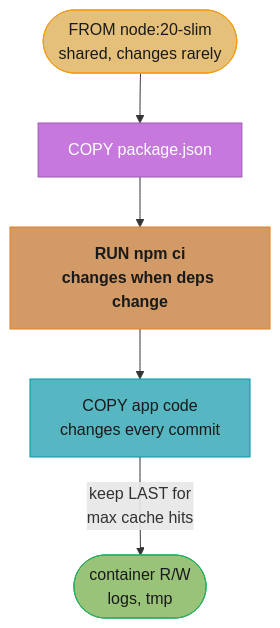
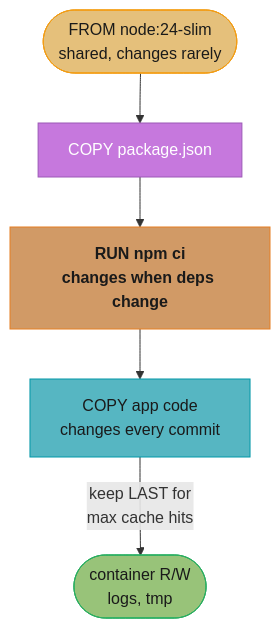
Before and after one commit to rppol/system-design: the second of 4 diagrams in src/main/java/com/rutik/systemdesign/devops/containers_and_docker/containers_and_docker.md, drawn with Mermaid. The commit also changed other lines of this file and 32 other files, not shown here.

````diff
--- a/src/main/java/com/rutik/systemdesign/devops/containers_and_docker/containers_and_docker.md
+++ b/src/main/java/com/rutik/systemdesign/devops/containers_and_docker/containers_and_docker.md
@@ -81,21 +81,21 @@
 ```mermaid
 flowchart TD
     classDef io      fill:#61afef,stroke:#2e86c1,color:#1a1a1a,font-weight:bold
     classDef frozen  fill:#c678dd,stroke:#9b59b6,color:#fff
     classDef train   fill:#98c379,stroke:#27ae60,color:#1a1a1a
     classDef mathOp  fill:#d19a66,stroke:#e67e22,color:#1a1a1a,font-weight:bold
     classDef lossN   fill:#e06c75,stroke:#c0392b,color:#fff,font-weight:bold
     classDef req     fill:#56b6c2,stroke:#0097a7,color:#1a1a1a
     classDef base    fill:#e5c07b,stroke:#f39c12,color:#1a1a1a
 
-    base(["FROM node:20-slim<br/>shared, changes rarely"]) --> pkg["COPY package.json"]
+    base(["FROM node:24-slim<br/>shared, changes rarely"]) --> pkg["COPY package.json"]
     pkg --> npmci["RUN npm ci<br/>changes when deps change"]
     npmci --> appcode["COPY app code<br/>changes every commit"]
     appcode -->|"keep LAST for<br/>max cache hits"| rw(["container R/W<br/>logs, tmp"])
 
     class base base
     class pkg frozen
     class npmci mathOp
     class appcode req
     class rw train
 ```
````
